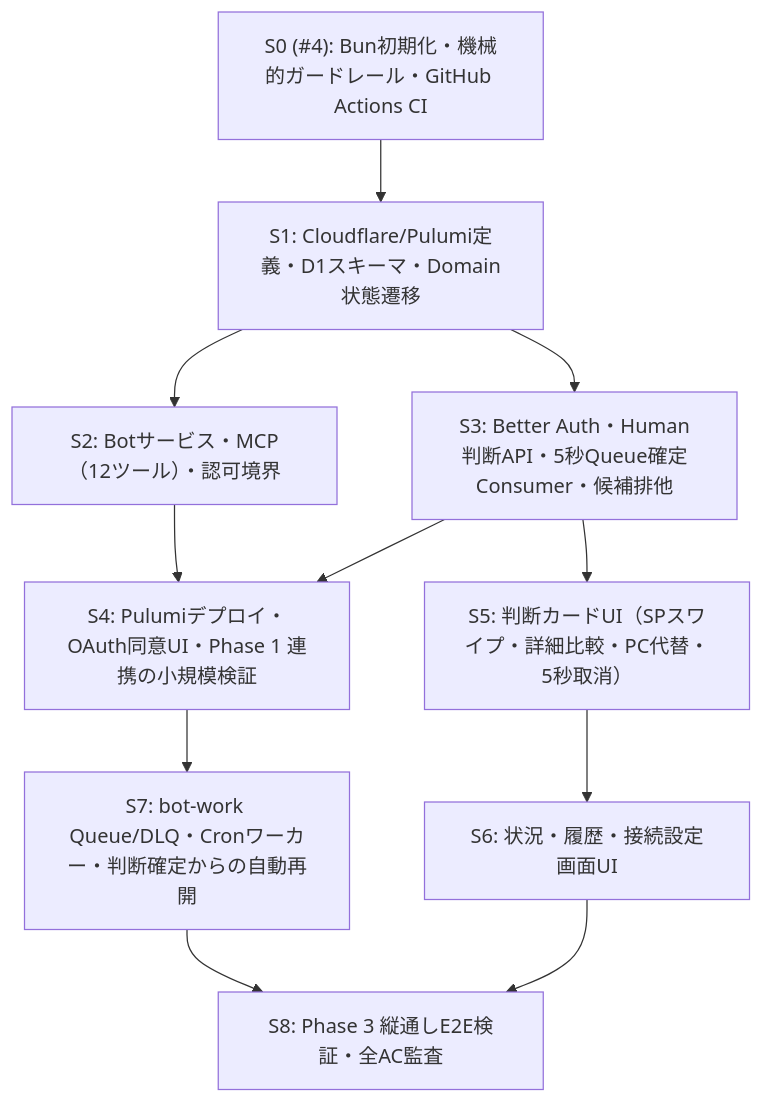
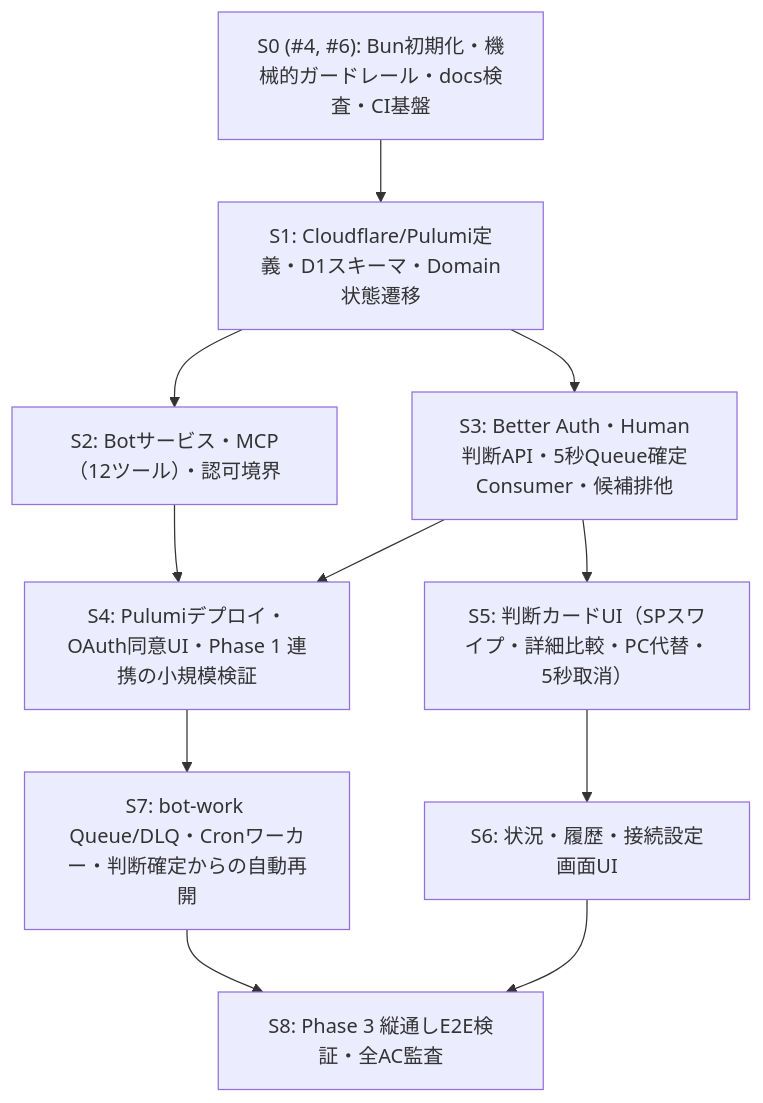
Before and after one commit to kkyosuke/bot-board: the diagram in docs/implementation-plan.md, drawn with Mermaid. The commit also changed other lines of this file and 14 other files, not shown here.

````diff
--- a/docs/implementation-plan.md
+++ b/docs/implementation-plan.md
@@ -9,13 +9,13 @@
 ```mermaid
 flowchart TD
-  S0["S0 (#4): Bun初期化・機械的ガードレール・GitHub Actions CI"] --> S1["S1: Cloudflare/Pulumi定義・D1スキーマ・Domain状態遷移"]
+  S0["S0 (#4, #6): Bun初期化・機械的ガードレール・docs検査・CI基盤"] --> S1["S1: Cloudflare/Pulumi定義・D1スキーマ・Domain状態遷移"]
   S1 --> S2["S2: Botサービス・MCP（12ツール）・認可境界"]
   S1 --> S3["S3: Better Auth・Human判断API・5秒Queue確定Consumer・候補排他"]
   S2 --> S4["S4: Pulumiデプロイ・OAuth同意UI・Phase 1 連携の小規模検証"]
   S3 --> S4
   S3 --> S5["S5: 判断カードUI（SPスワイプ・詳細比較・PC代替・5秒取消）"]
   S5 --> S6["S6: 状況・履歴・接続設定画面UI"]
   S4 --> S7["S7: bot-work Queue/DLQ・Cronワーカー・判断確定からの自動再開"]
   S6 --> S8["S8: Phase 3 縦通しE2E検証・全AC監査"]
   S7 --> S8
 ```
````
